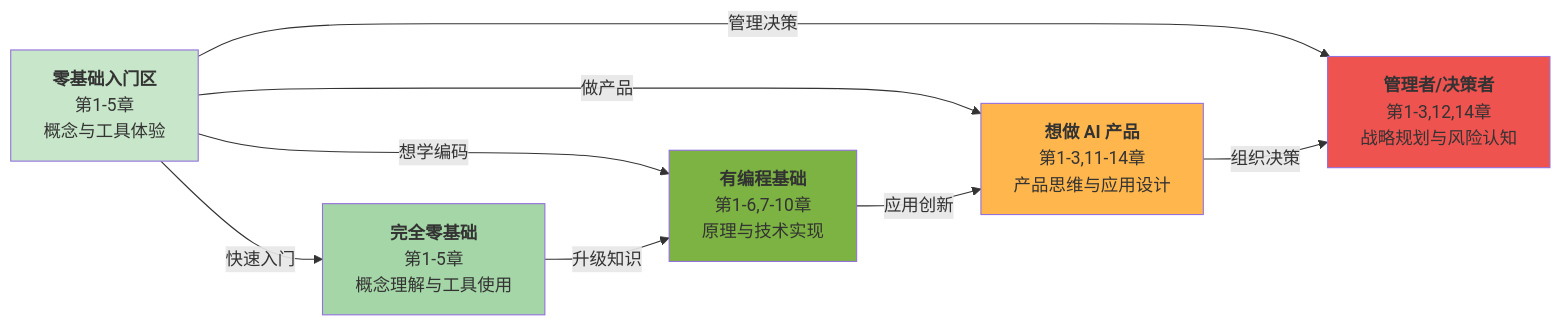
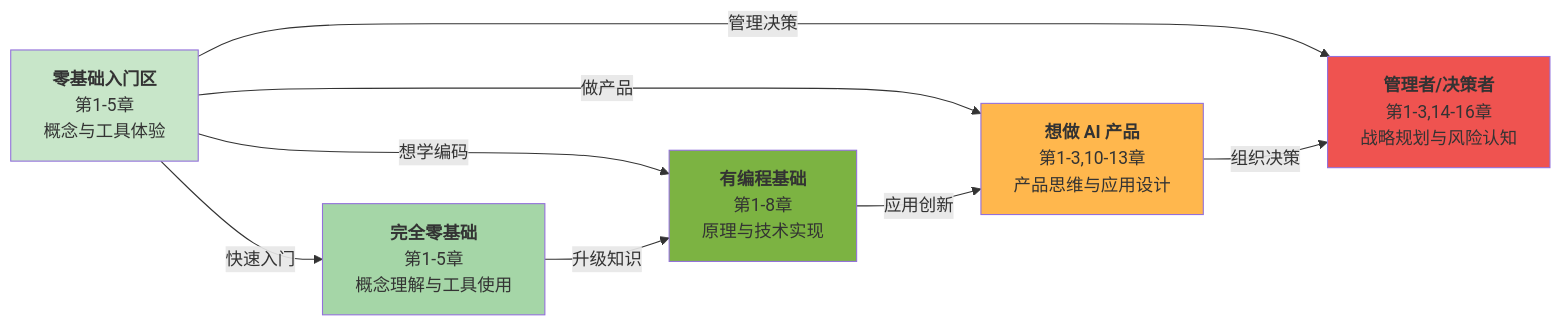
Before and after one commit to changsongyang/ai_beginner_guide: the diagram in README.md, drawn with Mermaid. The commit also changed other lines of this file and 81 other files, not shown here.

````diff
--- a/README.md
+++ b/README.md
@@ -106,16 +106,16 @@
 ```mermaid
 graph LR
     A["<b>零基础入门区</b><br/>第1-5章<br/>概念与工具体验"] -->|快速入门| B["<b>完全零基础</b><br/>第1-5章<br/>概念理解与工具使用"]
-    A -->|想学编码| C["<b>有编程基础</b><br/>第1-6,7-10章<br/>原理与技术实现"]
-    A -->|做产品| D["<b>想做 AI 产品</b><br/>第1-3,11-14章<br/>产品思维与应用设计"]
-    A -->|管理决策| E["<b>管理者/决策者</b><br/>第1-3,12,14章<br/>战略规划与风险认知"]
+    A -->|想学编码| C["<b>有编程基础</b><br/>第1-8章<br/>原理与技术实现"]
+    A -->|做产品| D["<b>想做 AI 产品</b><br/>第1-3,10-13章<br/>产品思维与应用设计"]
+    A -->|管理决策| E["<b>管理者/决策者</b><br/>第1-3,14-16章<br/>战略规划与风险认知"]
     B -->|升级知识| C
     C -->|应用创新| D
     D -->|组织决策| E
 
     style A fill:#c8e6c9
     style B fill:#a5d6a7
     style C fill:#7cb342
     style D fill:#ffb74d
     style E fill:#ef5350
 ```
````
